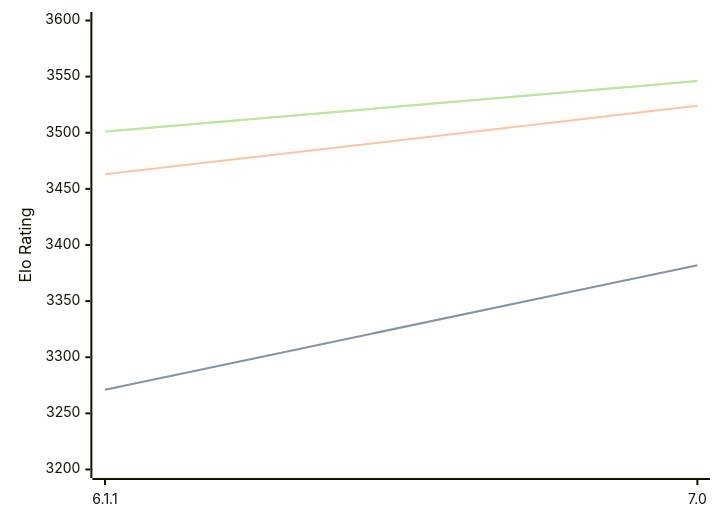
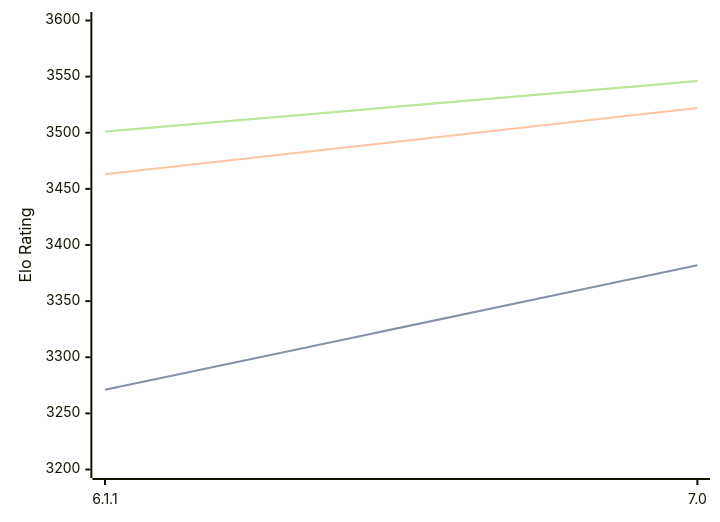
One commit to computer-chess-index/cci changed the first of 3 diagrams in engines/Astra.md. Above: the diagram before and after it, drawn with Mermaid. The commit also changed other lines of this file, not shown here.

````diff
--- a/engines/Astra.md
+++ b/engines/Astra.md
@@ -44,11 +44,11 @@
 ```mermaid
 %%{init: {"theme":"base","themeVariables":{"seriesColors:['#a3a3a3','#222221','#faa371']}}}%%
 xychart-beta
   x-axis ["6.1.1", "7.0"]
   y-axis "Elo Rating" 3200 --> 3600
   line "STC (8.0+0.08s)" [3271, 3382]
   line "STC (8.0+0.08s)" [3271, 3382]
-  line "LTC (60.0+0.60s)" [3463, 3524]
+  line "LTC (60.0+0.60s)" [3463, 3522]
   line "VLTC (2m24s+1.12s)" [3501, 3546]
   line "VLTC (2m24s+1.12s)" [3501, 3546]
 ```
````
